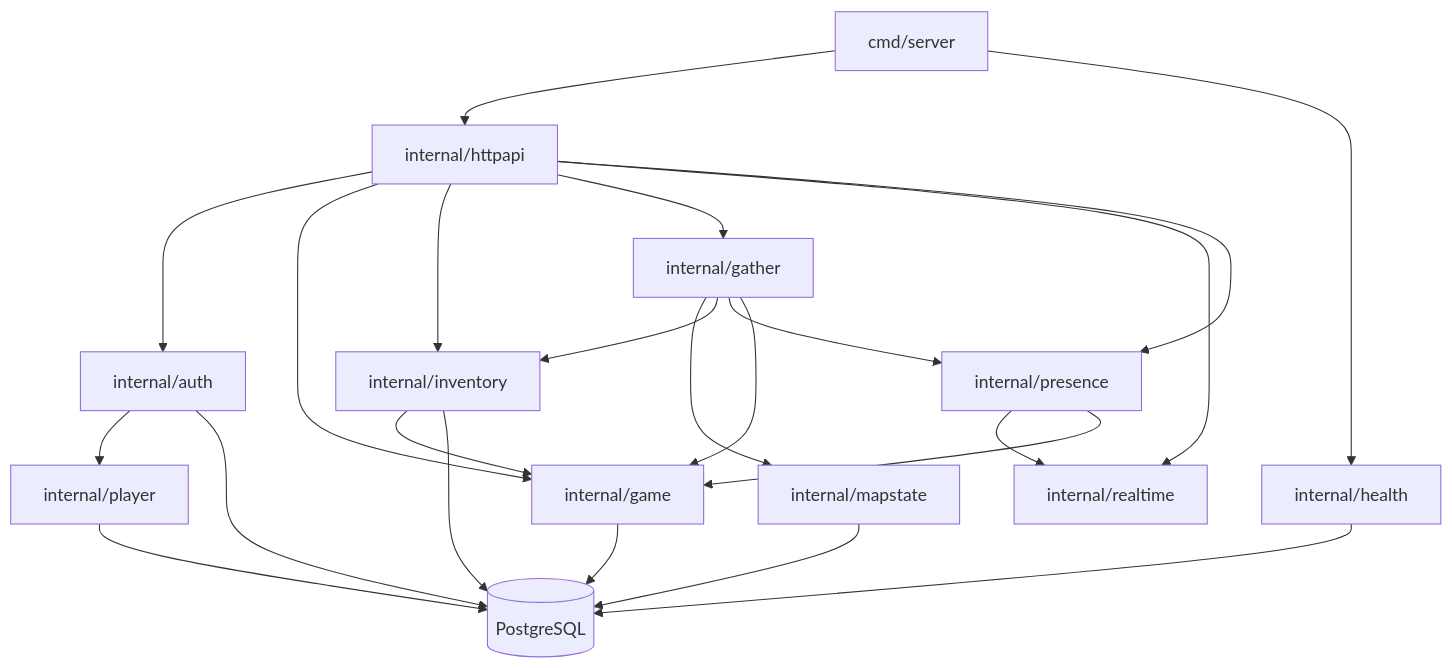
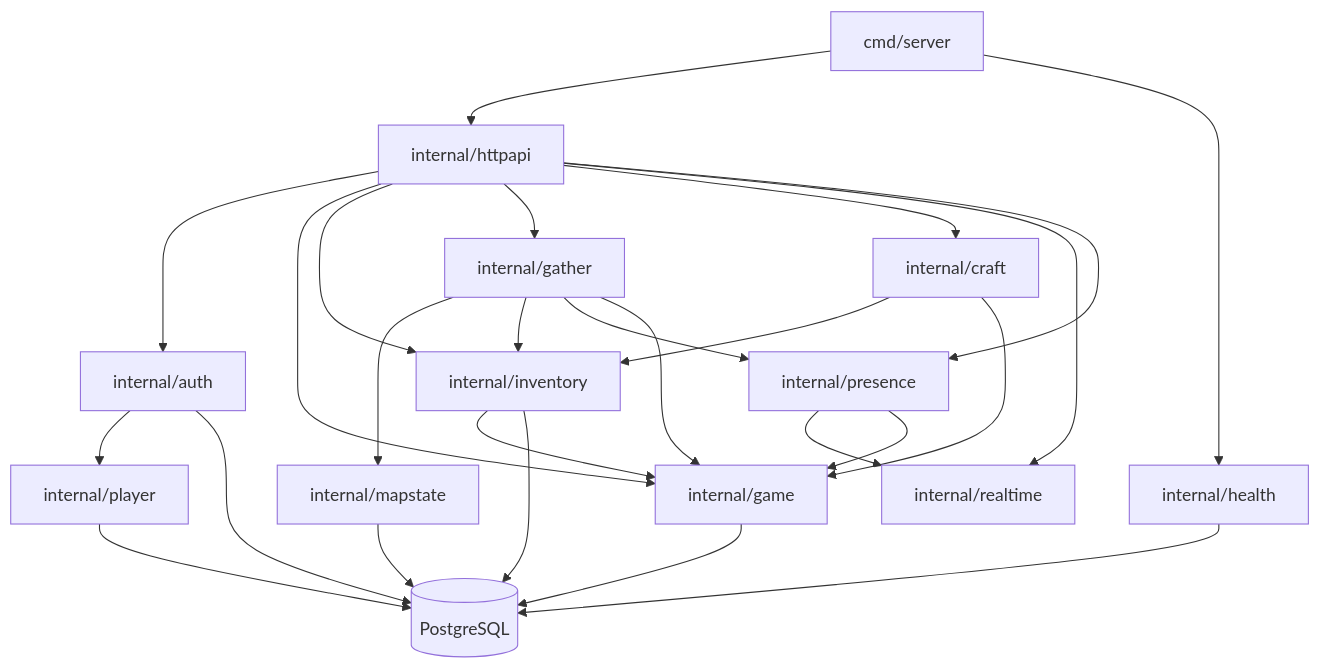
The diagram in backend/README.md (foxxman/valley), drawn with Mermaid before and after one commit. The commit also changed other lines of this file and 33 other files, not shown here.

````diff
--- a/backend/README.md
+++ b/backend/README.md
@@ -9,25 +9,28 @@
 ```mermaid
 flowchart TD
   server["cmd/server"] --> httpapi["internal/httpapi"]
   server --> health["internal/health"]
   httpapi --> auth["internal/auth"]
   httpapi --> game["internal/game"]
   httpapi --> inventory["internal/inventory"]
   httpapi --> gather["internal/gather"]
+  httpapi --> craft["internal/craft"]
   httpapi --> realtime["internal/realtime"]
   httpapi --> presence["internal/presence"]
   presence --> realtime
   presence --> game
   gather --> mapstate["internal/mapstate"]
   gather --> inventory
+  craft --> inventory
+  craft --> game
   gather --> presence
   gather --> game
   inventory --> game
   auth --> player["internal/player"]
   auth --> db[(PostgreSQL)]
   game --> db
   inventory --> db
   mapstate --> db
   player --> db
   health --> db
 ```
````
